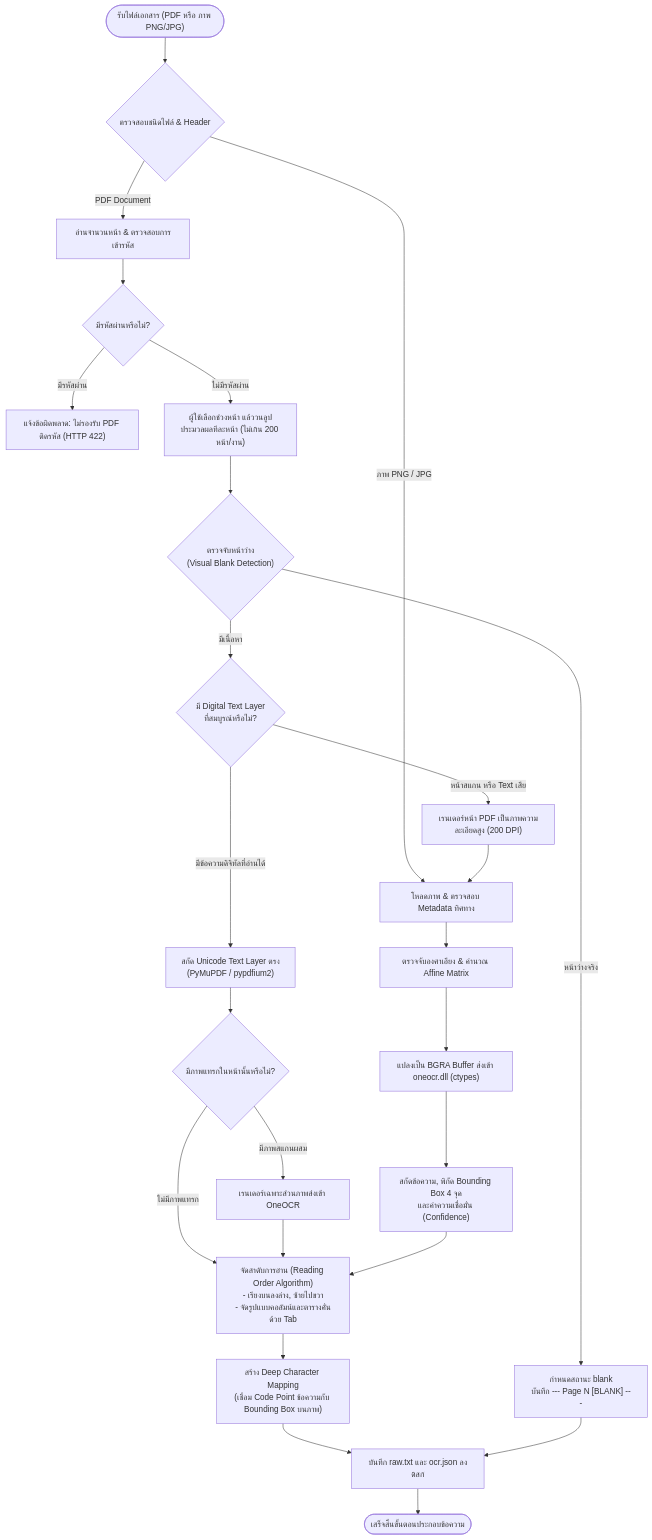
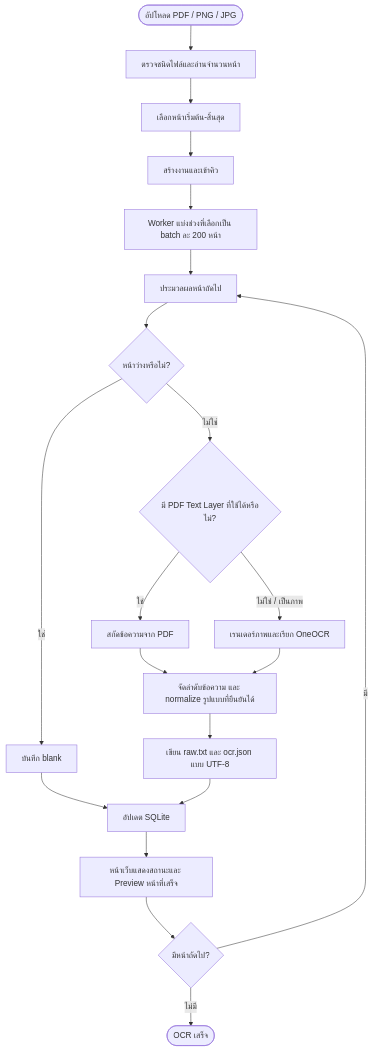
One commit to anuwatm/pdf-ocr-studio changed the second of 5 diagrams in readme.md. Above: the diagram before and after it, drawn with Mermaid. The commit also changed other lines of this file and 14 other files, not shown here.

````diff
--- a/readme.md
+++ b/readme.md
@@ -148,37 +153,22 @@
 ```mermaid
 flowchart TD
-    Start(["รับไฟล์เอกสาร (PDF หรือ ภาพ PNG/JPG)"]) --> Prescreen{"ตรวจสอบชนิดไฟล์ & Header"}
-    
-    Prescreen -->|ภาพ PNG / JPG| ImgPath["โหลดภาพ & ตรวจสอบ Metadata ทิศทาง"]
-    Prescreen -->|PDF Document| PDFPath["อ่านจำนวนหน้า & ตรวจสอบการเข้ารหัส"]
-    
-    PDFPath --> Encrypted{"มีรหัสผ่านหรือไม่?"}
-    Encrypted -->|มีรหัสผ่าน| ErrPW["แจ้งข้อผิดพลาด: ไม่รองรับ PDF ติดรหัส (HTTP 422)"]
-    Encrypted -->|ไม่มีรหัสผ่าน| PageLoop["ผู้ใช้เลือกช่วงหน้า แล้ววนลูปประมวลผลทีละหน้า (ไม่เกิน 200 หน้า/งาน)"]
-    
-    PageLoop --> BlankCheck{"ตรวจจับหน้าว่าง<br/>(Visual Blank Detection)"}
-    BlankCheck -->|หน้าว่างจริง| MarkBlank["กำหนดสถานะ blank<br/>บันทึก --- Page N [BLANK] ---"]
-    
-    BlankCheck -->|มีเนื้อหา| TextCheck{"มี Digital Text Layer<br/>ที่สมบูรณ์หรือไม่?"}
-    
-    TextCheck -->|มีข้อความดิจิทัลที่อ่านได้| ExtractText["สกัด Unicode Text Layer ตรง<br/>(PyMuPDF / pypdfium2)"]
-    ExtractText --> CheckImg{"มีภาพแทรกในหน้านั้นหรือไม่?"}
-    CheckImg -->|มีภาพสแกนผสม| HybridOCR["เรนเดอร์เฉพาะส่วนภาพส่งเข้า OneOCR"]
-    CheckImg -->|ไม่มีภาพแทรก| AssembleOrder
-    
-    TextCheck -->|หน้าสแกน หรือ Text เสีย| RenderImg["เรนเดอร์หน้า PDF เป็นภาพความละเอียดสูง (200 DPI)"]
-    RenderImg --> ImgPath
-    
-    ImgPath --> Deskew["ตรวจจับองศาเอียง & คำนวณ Affine Matrix"]
-    Deskew --> OneOCREngine["แปลงเป็น BGRA Buffer ส่งเข้า oneocr.dll (ctypes)"]
-    OneOCREngine --> ParseBoxes["สกัดข้อความ, พิกัด Bounding Box 4 จุด<br/>และค่าความเชื่อมั่น (Confidence)"]
-    
-    HybridOCR --> AssembleOrder
-    ParseBoxes --> AssembleOrder["จัดลำดับการอ่าน (Reading Order Algorithm)<br/>- เรียงบนลงล่าง, ซ้ายไปขวา<br/>- จัดรูปแบบคอลัมน์และตารางคั่นด้วย Tab"]
-    
-    AssembleOrder --> Mapping["สร้าง Deep Character Mapping<br/>(เชื่อม Code Point ข้อความกับ Bounding Box บนภาพ)"]
-    
-    Mapping --> SaveRaw["บันทึก raw.txt และ ocr.json ลงดิสก์"]
-    MarkBlank --> SaveRaw
-    SaveRaw --> Done(["เสร็จสิ้นขั้นตอนประกอบข้อความ"])
+    Upload(["อัปโหลด PDF / PNG / JPG"]) --> Count["ตรวจชนิดไฟล์และอ่านจำนวนหน้า"]
+    Count --> Choose["เลือกหน้าเริ่มต้น-สิ้นสุด"]
+    Choose --> Start["สร้างงานและเข้าคิว"]
+    Start --> Batch["Worker แบ่งช่วงที่เลือกเป็น batch ละ 200 หน้า"]
+    Batch --> Page["ประมวลผลหน้าถัดไป"]
+    Page --> Blank{"หน้าว่างหรือไม่?"}
+    Blank -->|ใช่| SaveBlank["บันทึก blank"]
+    Blank -->|ไม่ใช่| Route{"มี PDF Text Layer ที่ใช้ได้หรือไม่?"}
+    Route -->|ใช่| Extract["สกัดข้อความจาก PDF"]
+    Route -->|ไม่ใช่ / เป็นภาพ| OCR["เรนเดอร์ภาพและเรียก OneOCR"]
+    Extract --> Normalize["จัดลำดับข้อความ และ normalize รูปแบบที่ยืนยันได้"]
+    OCR --> Normalize
+    Normalize --> Save["เขียน raw.txt และ ocr.json แบบ UTF-8"]
+    SaveBlank --> Update["อัปเดต SQLite"]
+    Save --> Update
+    Update --> Preview["หน้าเว็บแสดงสถานะและ Preview หน้าที่เสร็จ"]
+    Preview --> More{"มีหน้าถัดไป?"}
+    More -->|มี| Page
+    More -->|ไม่มี| Finish(["OCR เสร็จ"])
 ```
````
